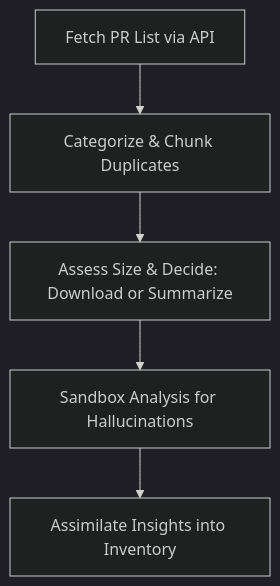
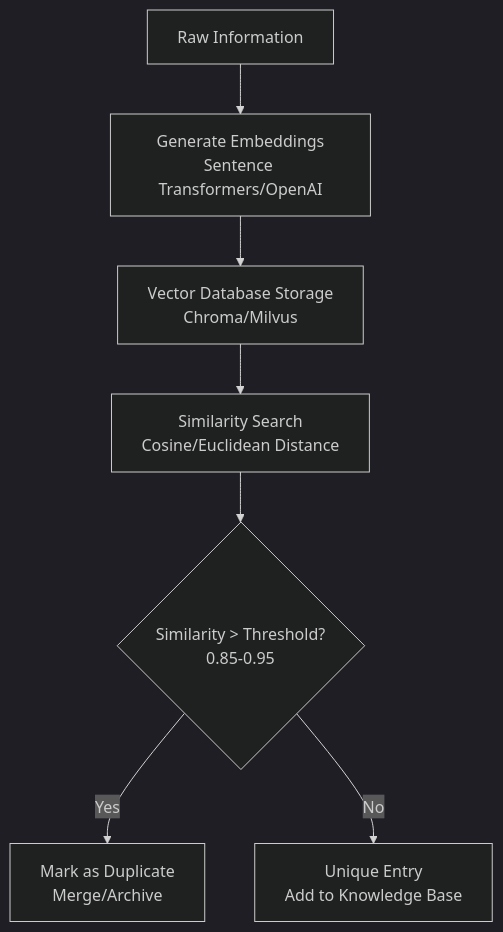
The third of 12 diagrams in hfo_research_doc/assimilator_research.md (TTaoGaming/Hive-Fleet-Obsidian-2025), drawn with Mermaid (dark theme) before and after one commit. The commit also changed other lines of this file, not shown here.

Commit message:
Complete comprehensive assimilator research document with SOTA 2024-2025 information

````diff
--- a/hfo_research_doc/assimilator_research.md
+++ b/hfo_research_doc/assimilator_research.md
@@ -37,7 +186,9 @@
 ```mermaid
 graph TD
-    A[Fetch PR List via API] --> B[Categorize & Chunk Duplicates]
-    B --> C[Assess Size & Decide: Download or Summarize]
-    C --> D[Sandbox Analysis for Hallucinations]
-    D --> E[Assimilate Insights into Inventory]
+    A[Raw Information] --> B[Generate Embeddings<br/>Sentence Transformers/OpenAI]
+    B --> C[Vector Database Storage<br/>Chroma/Milvus]
+    C --> D[Similarity Search<br/>Cosine/Euclidean Distance]
+    D --> E{Similarity > Threshold?<br/>0.85-0.95}
+    E -->|Yes| F[Mark as Duplicate<br/>Merge/Archive]
+    E -->|No| G[Unique Entry<br/>Add to Knowledge Base]
 ```
````
